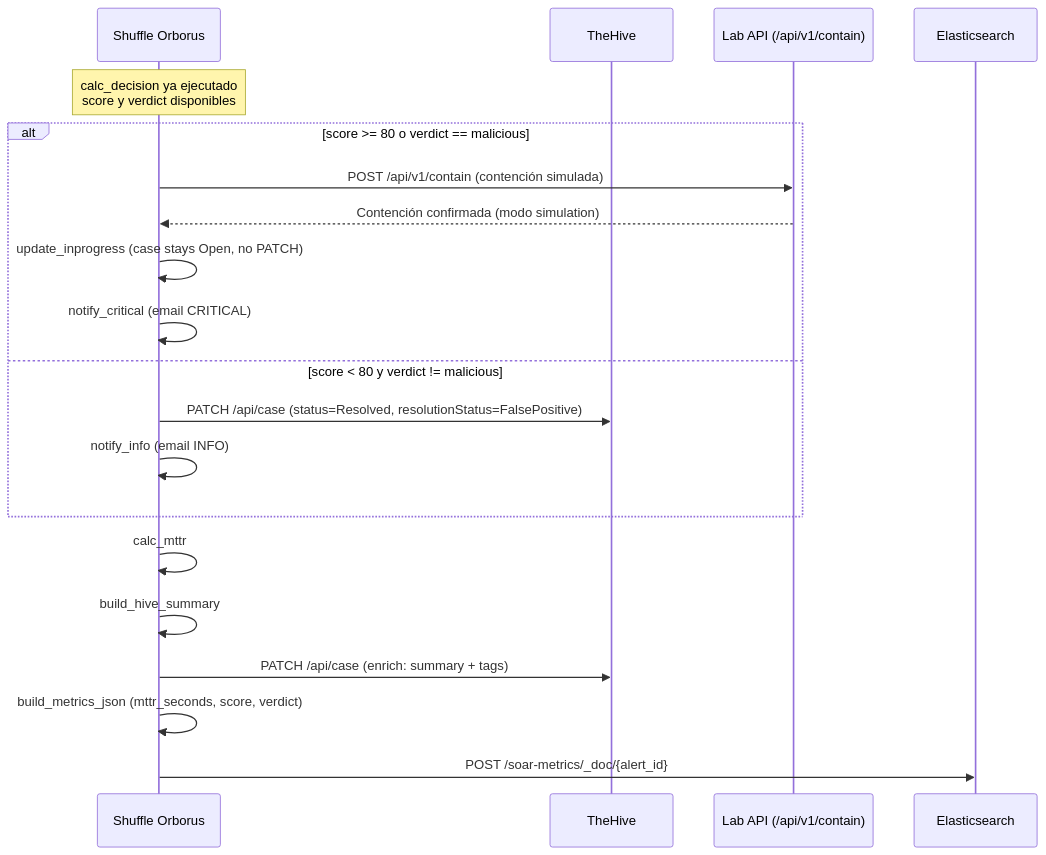
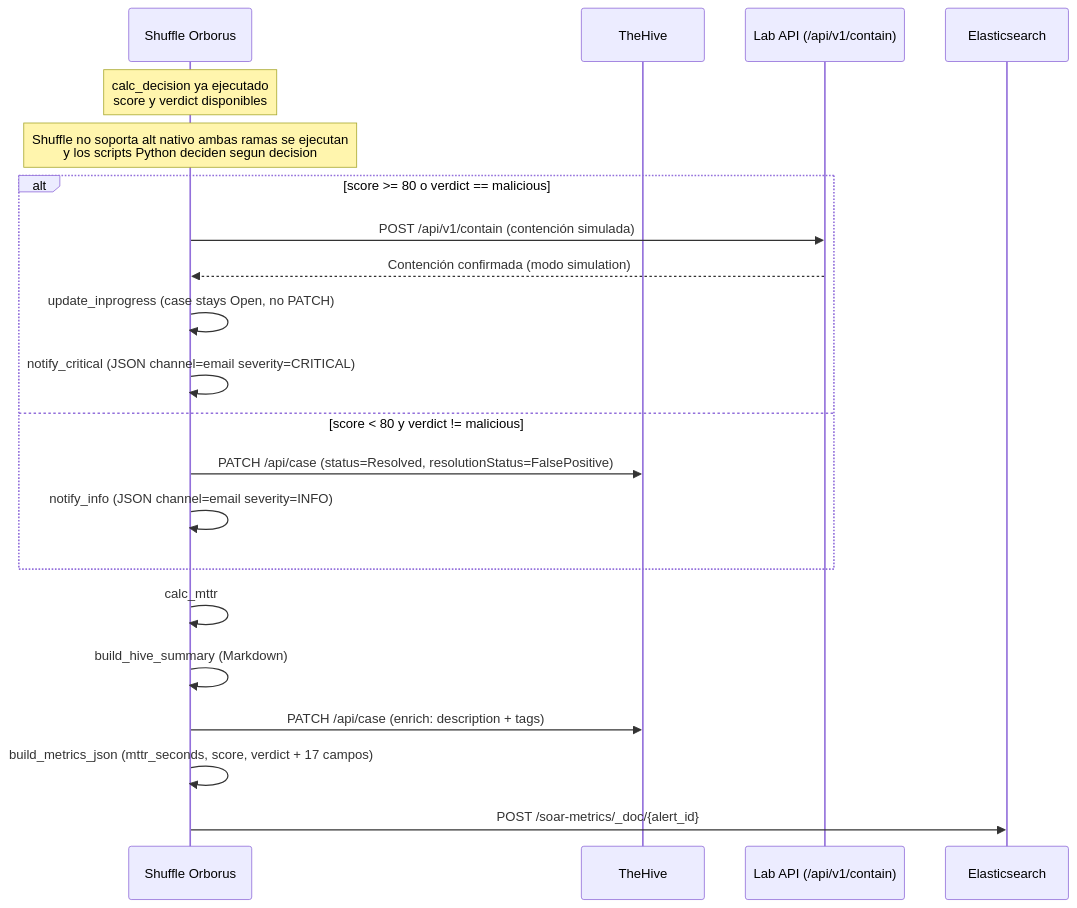
One commit to alesanfe/soar-ransomware-lab changed the seventh of 12 diagrams in docs/thesis/appendix_f.md. Above: the diagram before and after it, drawn with Mermaid.

First paragraph of the commit message:
fix(thesis): F.7 - 4 correcciones de fidelidad tras verificacion exhaustiva
Verificacion exhaustiva contra workflow_actions.py:733-908 y los 7 scripts
Python relevantes (containment, update_inprogress, notify_critical,
notify_info, calc_mttr, build_hive_summary, build_metrics_json).

````diff
--- a/docs/thesis/appendix_f.md
+++ b/docs/thesis/appendix_f.md
@@ -365,23 +365,24 @@
 ```mermaid
 sequenceDiagram
  participant Shuffle as Shuffle Orborus
  participant TheHive as TheHive
  participant API as Lab API (/api/v1/contain)
  participant ES as Elasticsearch
 
  Note over Shuffle: calc_decision ya ejecutado<br/>score y verdict disponibles
+ Note over Shuffle: Shuffle no soporta alt nativo ambas ramas se ejecutan<br/>y los scripts Python deciden segun decision
  alt score >= 80 o verdict == malicious
  Shuffle->>API: POST /api/v1/contain (contención simulada)
  API-->>Shuffle: Contención confirmada (modo simulation)
  Shuffle->>Shuffle: update_inprogress (case stays Open, no PATCH)
- Shuffle->>Shuffle: notify_critical (email CRITICAL)
+ Shuffle->>Shuffle: notify_critical (JSON channel=email severity=CRITICAL)
  else score < 80 y verdict != malicious
  Shuffle->>TheHive: PATCH /api/case (status=Resolved, resolutionStatus=FalsePositive)
- Shuffle->>Shuffle: notify_info (email INFO)
+ Shuffle->>Shuffle: notify_info (JSON channel=email severity=INFO)
  end
  Shuffle->>Shuffle: calc_mttr
- Shuffle->>Shuffle: build_hive_summary
- Shuffle->>TheHive: PATCH /api/case (enrich: summary + tags)
- Shuffle->>Shuffle: build_metrics_json (mttr_seconds, score, verdict)
+ Shuffle->>Shuffle: build_hive_summary (Markdown)
+ Shuffle->>TheHive: PATCH /api/case (enrich: description + tags)
+ Shuffle->>Shuffle: build_metrics_json (mttr_seconds, score, verdict + 17 campos)
  Shuffle->>ES: POST /soar-metrics/_doc/{alert_id}
 ```
````
